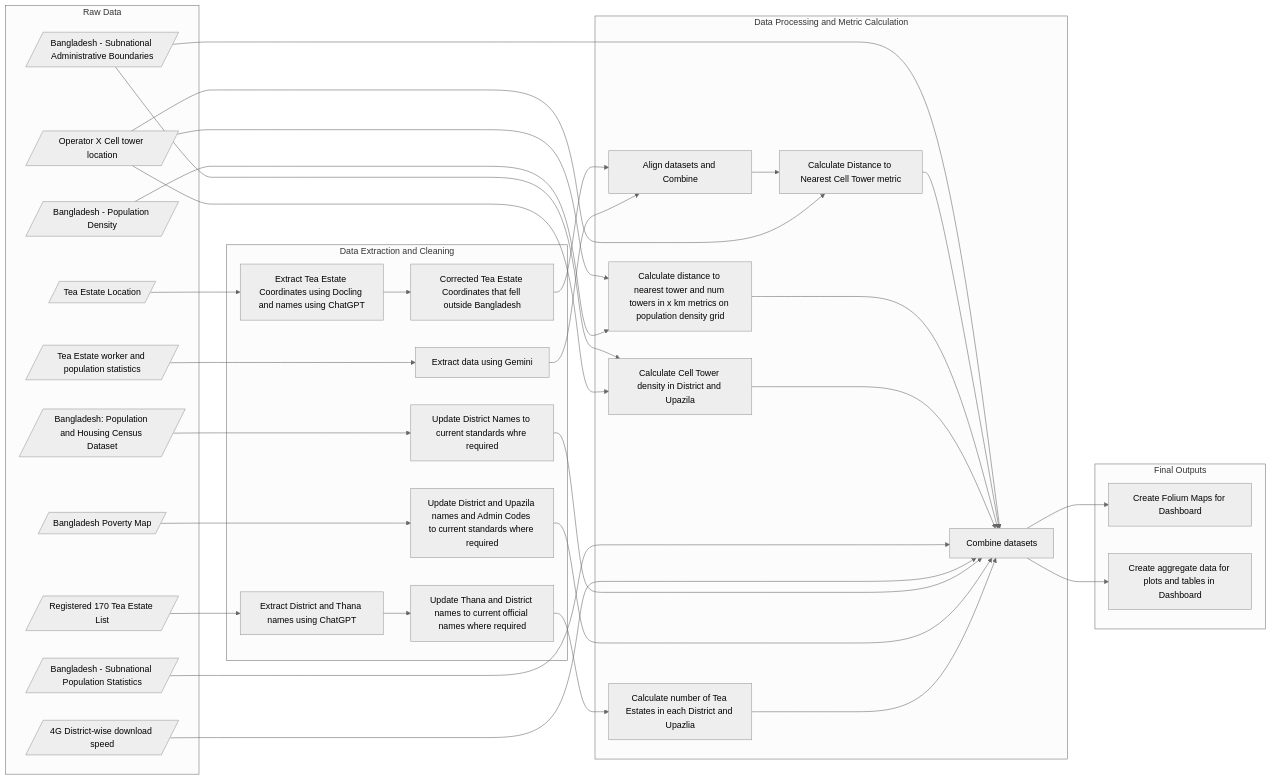
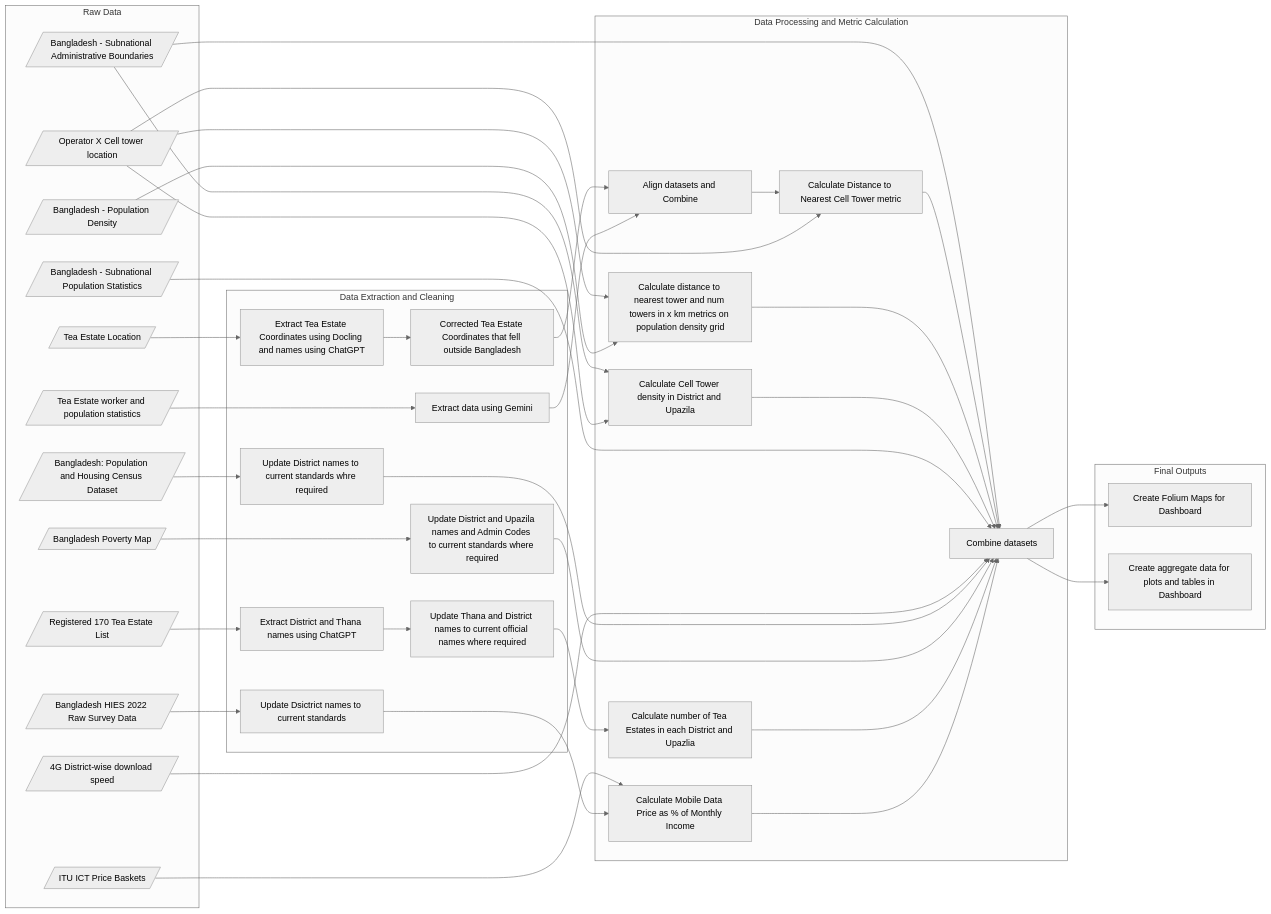
Before and after one commit to AhmedFahim-git/bd_tea: the diagram in README.md, drawn with Mermaid (neutral theme). The commit also changed other lines of this file, not shown here.

````diff
--- a/README.md
+++ b/README.md
@@ -29,48 +31,54 @@
 ```mermaid
 flowchart LR
     subgraph ide0 [Raw Data]
-    C[/Tea Estate worker and population statistics/]
-    B[/Tea Estate Location/]
-    D[/Operator X Cell tower location/]
-    H[/Bangladesh - Population Density/]
-    E[/Registered 170 Tea Estate List/]
-    A[/4G District-wise download speed/];
-    F[/Bangladesh: Population and Housing Census Dataset/]
-    I[/Bangladesh - Subnational Population Statistics/]
-    G[/Bangladesh - Subnational Administrative Boundaries/]
-    J[/Bangladesh Poverty Map/]
+        C[/Tea Estate worker and population statistics/]
+        B[/Tea Estate Location/]
+        D[/Operator X Cell tower location/]
+        H[/Bangladesh - Population Density/]
+        E[/Registered 170 Tea Estate List/]
+        A[/4G District-wise download speed/];
+        F[/Bangladesh: Population and Housing Census Dataset/]
+        I[/Bangladesh - Subnational Population Statistics/]
+        G[/Bangladesh - Subnational Administrative Boundaries/]
+        J[/Bangladesh Poverty Map/]
+        AA[/Bangladesh HIES 2022 Raw Survey Data/]
+        Z[/ITU ICT Price Baskets/]
     end
     subgraph ide1 [Data Extraction and Cleaning]
-    C --> M[Extract data using Gemini]
-    B --> L[Extract Tea Estate Coordinates using Docling and names using ChatGPT]
-    E --> K[Extract District and Thana names using ChatGPT]
-    K --> P[Update Thana and District names to current official names where required]
-    F --> S[Update District Names to current standards whre required]
-    J --> R[Update District and Upazila names and Admin Codes to current standards where required]
-    L --> O[Corrected Tea Estate Coordinates that fell outside Bangladesh]
+        C --> M[Extract data using Gemini]
+        B --> L[Extract Tea Estate Coordinates using Docling and names using ChatGPT]
+        E --> K[Extract District and Thana names using ChatGPT]
+        K --> P[Update Thana and District names to current official names where required]
+        F --> S[Update District names to current standards whre required]
+        J --> R[Update District and Upazila names and Admin Codes to current standards where required]
+        L --> O[Corrected Tea Estate Coordinates that fell outside Bangladesh]
+        AA --> AB[Update Dsictrict names to current standards]
     end
     subgraph ide2 [Data Processing and Metric Calculation]
-    O --> N[Align datasets and Combine]
-    M --> N
-    N --> U[Calculate Distance to Nearest Cell Tower metric]
-    D --> U
-    D --> V
-    H --> V[Calculate distance to nearest tower and num towers in x km metrics on population density grid]
-    P --> T[Calculate number of Tea Estates in each District and Upazlia]
-    G --> W[Calculate Cell Tower density in District and Upazila]
-    D --> W
-    G --> Q[Combine datasets]
-    U --> Q
-    V --> Q
-    W --> Q
-    I --> Q
-    A --> Q
-    S --> Q
-    R --> Q
-    T --> Q
+        O --> N[Align datasets and Combine]
+        M --> N
+        N --> U[Calculate Distance to Nearest Cell Tower metric]
+        D --> U
+        D --> V
+        H --> V[Calculate distance to nearest tower and num towers in x km metrics on population density grid]
+        P --> T[Calculate number of Tea Estates in each District and Upazlia]
+        G --> W[Calculate Cell Tower density in District and Upazila]
+        D --> W
+        Z --> AC[Calculate Mobile Data Price as % of Monthly Income]
+        AB --> AC
+        G --> Q[Combine datasets]
+        U --> Q
+        V --> Q
+        W --> Q
+        I --> Q
+        A --> Q
+        S --> Q
+        R --> Q
+        T --> Q
+        AC --> Q
     end
     subgraph ide3 [Final Outputs]
-    Q --> X[Create Folium Maps for Dashboard]
-    Q --> Y[Create aggregate data for plots and tables in Dashboard]
+        Q --> X[Create Folium Maps for Dashboard]
+        Q --> Y[Create aggregate data for plots and tables in Dashboard]
     end
 ```
````
